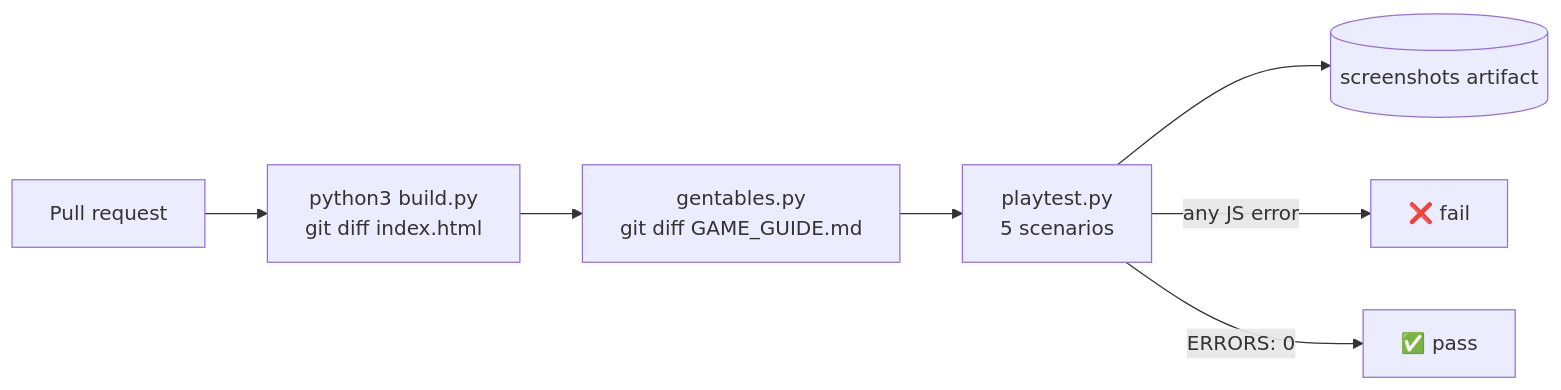
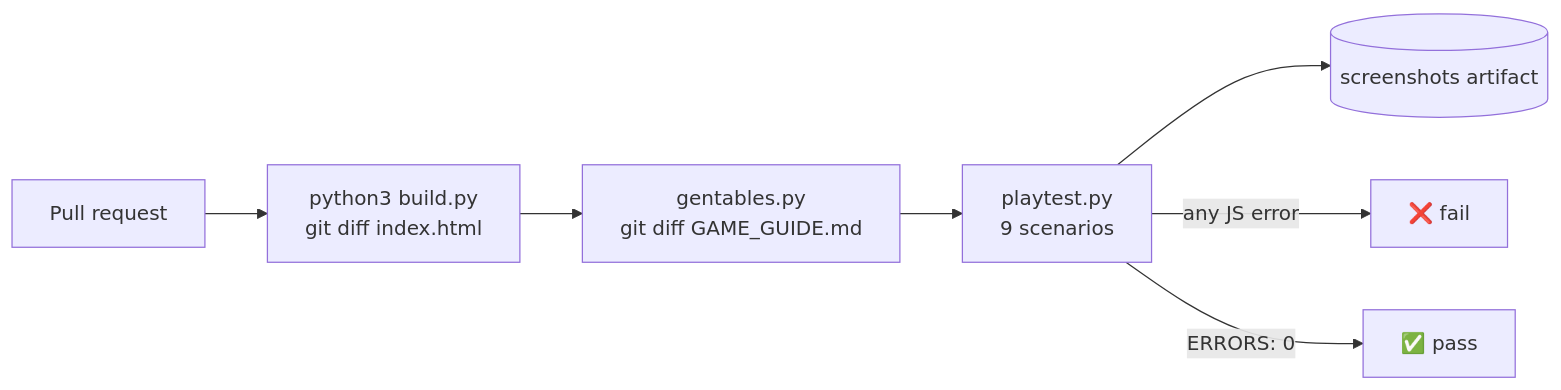
One commit to CptNope/Laternfall changed the fourth of 4 diagrams in docs/TESTING.md. Above: the diagram before and after it, drawn with Mermaid. The commit also changed other lines of this file and 26 other files, not shown here.

````diff
--- a/docs/TESTING.md
+++ b/docs/TESTING.md
@@ -231,9 +232,9 @@
 ```mermaid
 flowchart LR
     PR[Pull request] --> B[python3 build.py<br/>git diff index.html]
     B --> GG[gentables.py<br/>git diff GAME_GUIDE.md]
-    GG --> PT[playtest.py<br/>5 scenarios]
+    GG --> PT[playtest.py<br/>9 scenarios]
     PT --> A[(screenshots artifact)]
     PT -->|any JS error| X[❌ fail]
     PT -->|ERRORS: 0| OK[✅ pass]
 ```
````
